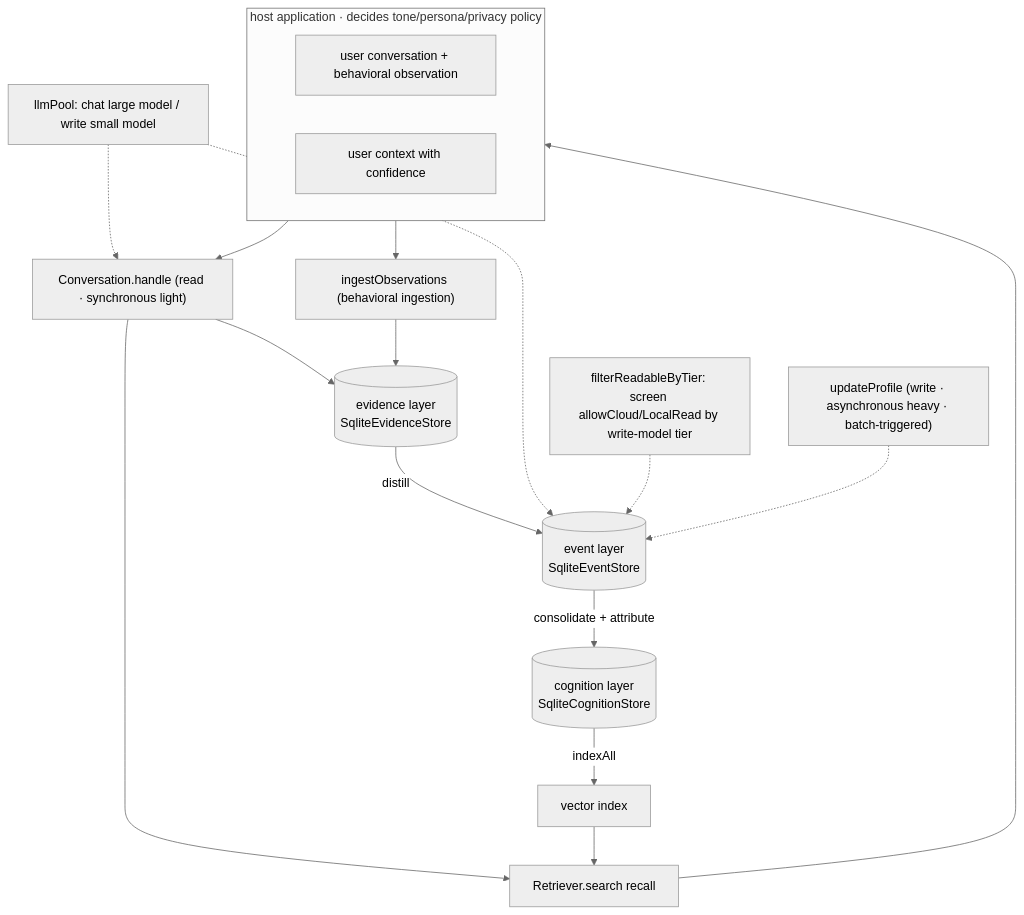
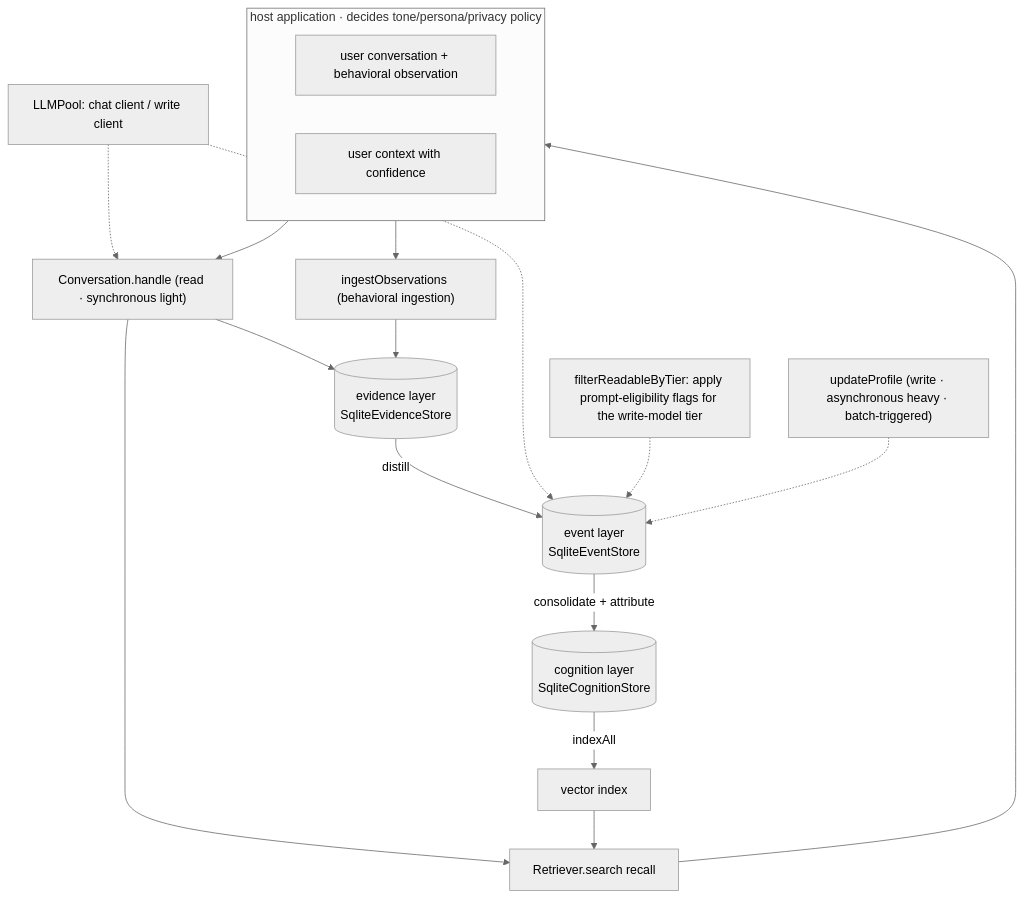
Before and after one commit to kestercarroll702-gif/memoweft: the fourth of 4 diagrams in docs/internals/architecture.md, drawn with Mermaid (neutral theme). The commit also changed other lines of this file and 480 other files, not shown here.

````diff
--- a/docs/internals/architecture.md
+++ b/docs/internals/architecture.md
@@ -301,27 +302,27 @@
 ```mermaid
 flowchart TB
   subgraph HOST["host application · decides tone/persona/privacy policy"]
     direction LR
     IN["user conversation + behavioral observation"]
     OUT["user context with confidence"]
   end
 
   IN --> CONV["Conversation.handle (read · synchronous light)"]
   IN --> ING["ingestObservations (behavioral ingestion)"]
 
   CONV --> EV[("evidence layer<br/>SqliteEvidenceStore")]
   ING --> EV
   CONV --> RET["Retriever.search recall"]
   RET --> OUT
 
   EV -->|"distill"| EVT[("event layer<br/>SqliteEventStore")]
   EVT -->|"consolidate + attribute"| COG[("cognition layer<br/>SqliteCognitionStore")]
   COG -->|"indexAll"| IDX["vector index"]
   IDX --> RET
 
-  LLM["llmPool: chat large model / write small model"] -.-> CONV
+  LLM["LLMPool: chat client / write client"] -.-> CONV
   LLM -.-> EVT
-  PRIV["filterReadableByTier: screen allowCloud/LocalRead by write-model tier"] -.-> EVT
+  PRIV["filterReadableByTier: apply prompt-eligibility flags for the write-model tier"] -.-> EVT
 
   UP["updateProfile (write · asynchronous heavy · batch-triggered)"] -.-> EVT
 ```
````
